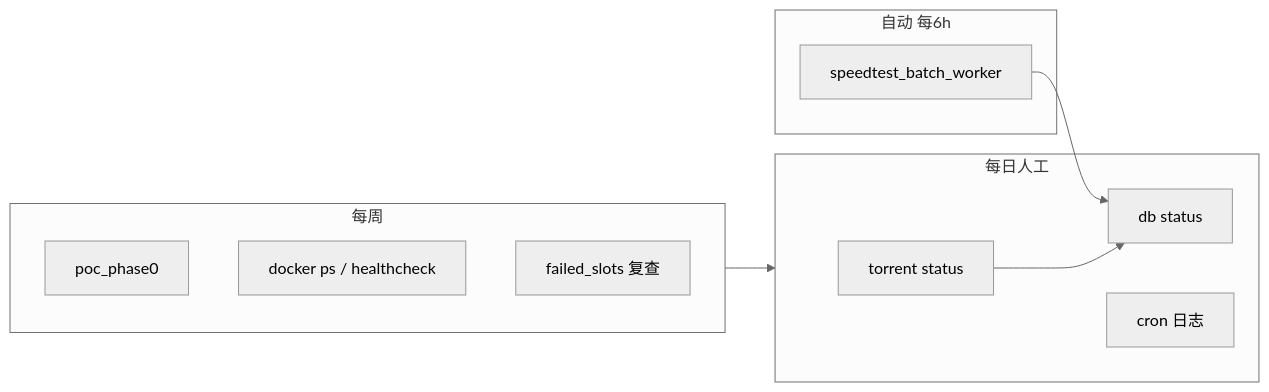
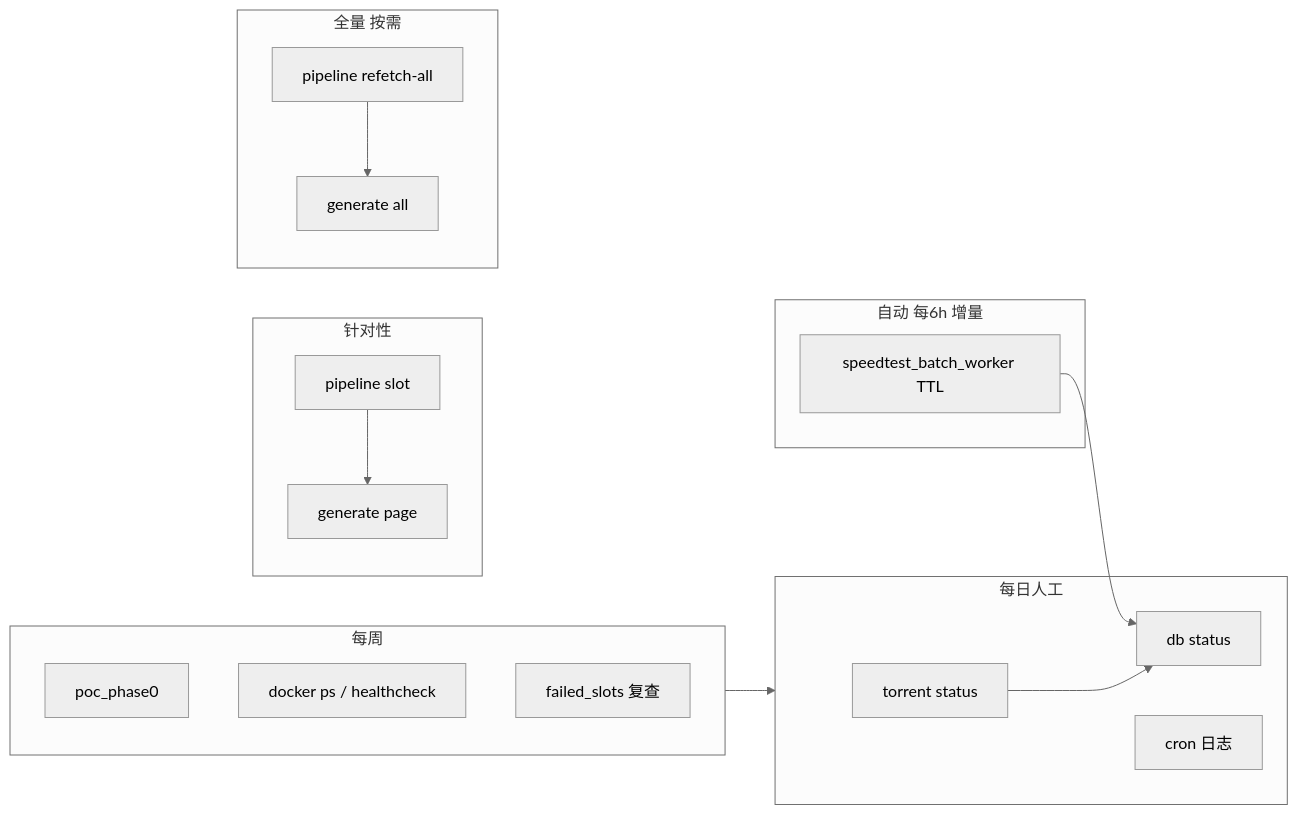
One commit to matthewxu/releasematch changed the second of 2 diagrams in releasematch/docs/12-日常运营执行手册.md. Above: the diagram before and after it, drawn with Mermaid (neutral theme). The commit also changed other lines of this file, not shown here.

````diff
--- a/releasematch/docs/12-日常运营执行手册.md
+++ b/releasematch/docs/12-日常运营执行手册.md
@@ -55,19 +210,29 @@
 ```mermaid
 flowchart LR
-    subgraph auto [自动 每6h]
-        CRON[speedtest_batch_worker]
+    subgraph auto [自动 每6h 增量]
+        CRON[speedtest_batch_worker TTL]
     end
     subgraph daily [每日人工]
         ST[torrent status]
         DB[db status]
         LOG[cron 日志]
     end
     subgraph weekly [每周]
         POC[poc_phase0]
         VPS[docker ps / healthcheck]
         FAIL[failed_slots 复查]
     end
+    subgraph targeted [针对性]
+        SLOT[pipeline slot]
+        PAGE[generate page]
+    end
+    subgraph full [全量 按需]
+        REF[pipeline refetch-all]
+        ALL[generate all]
+    end
     CRON --> DB
     ST --> DB
     weekly --> daily
+    SLOT --> PAGE
+    REF --> ALL
 ```
````
